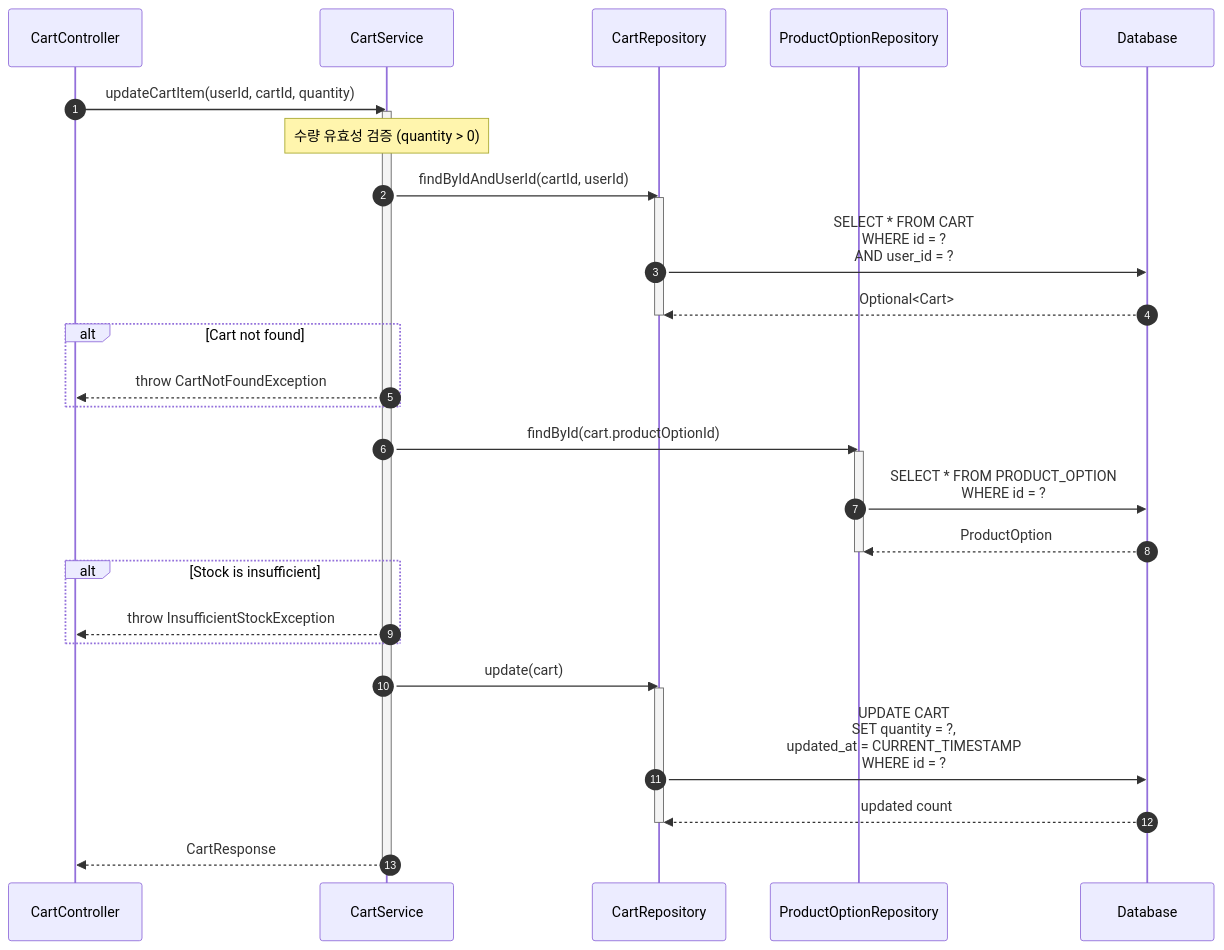
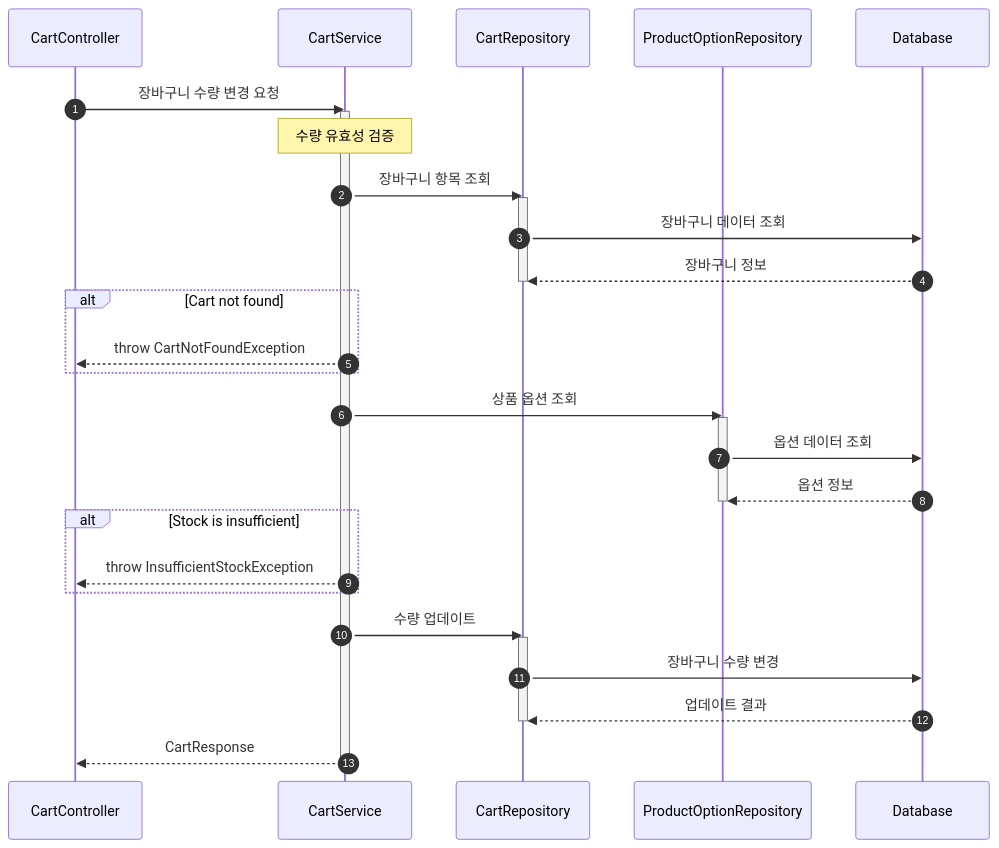
One commit to hye-ung97/hh-e-commerce changed the sixth of 16 diagrams in docs/api/api-specification.md. Above: the diagram before and after it, drawn with Mermaid. The commit also changed other lines of this file, not shown here.

Commit message:
fix: 시퀀스 다이어그램에서 함수 이름 -> 설명으로 변경

````diff
--- a/docs/api/api-specification.md
+++ b/docs/api/api-specification.md
@@ -311,43 +311,43 @@
 ```mermaid
 sequenceDiagram
     autonumber
     participant C as CartController
     participant S as CartService
     participant CR as CartRepository
     participant POR as ProductOptionRepository
     participant DB as Database
 
-    C->>S: updateCartItem(userId, cartId, quantity)
+    C->>S: 장바구니 수량 변경 요청
     activate S
 
-    Note over S: 수량 유효성 검증 (quantity > 0)
+    Note over S: 수량 유효성 검증
 
-    S->>CR: findByIdAndUserId(cartId, userId)
+    S->>CR: 장바구니 항목 조회
     activate CR
-    CR->>DB: SELECT * FROM CART<br/>WHERE id = ?<br/>AND user_id = ?
-    DB-->>CR: Optional<Cart>
+    CR->>DB: 장바구니 데이터 조회
+    DB-->>CR: 장바구니 정보
     deactivate CR
 
     alt Cart not found
         S-->>C: throw CartNotFoundException
     end
 
-    S->>POR: findById(cart.productOptionId)
+    S->>POR: 상품 옵션 조회
     activate POR
-    POR->>DB: SELECT * FROM PRODUCT_OPTION<br/>WHERE id = ?
-    DB-->>POR: ProductOption
+    POR->>DB: 옵션 데이터 조회
+    DB-->>POR: 옵션 정보
     deactivate POR
 
     alt Stock is insufficient
         S-->>C: throw InsufficientStockException
     end
 
-    S->>CR: update(cart)
+    S->>CR: 수량 업데이트
     activate CR
-    CR->>DB: UPDATE CART<br/>SET quantity = ?,<br/>updated_at = CURRENT_TIMESTAMP<br/>WHERE id = ?
-    DB-->>CR: updated count
+    CR->>DB: 장바구니 수량 변경
+    DB-->>CR: 업데이트 결과
     deactivate CR
 
     S-->>C: CartResponse
     deactivate S
 ```
````
